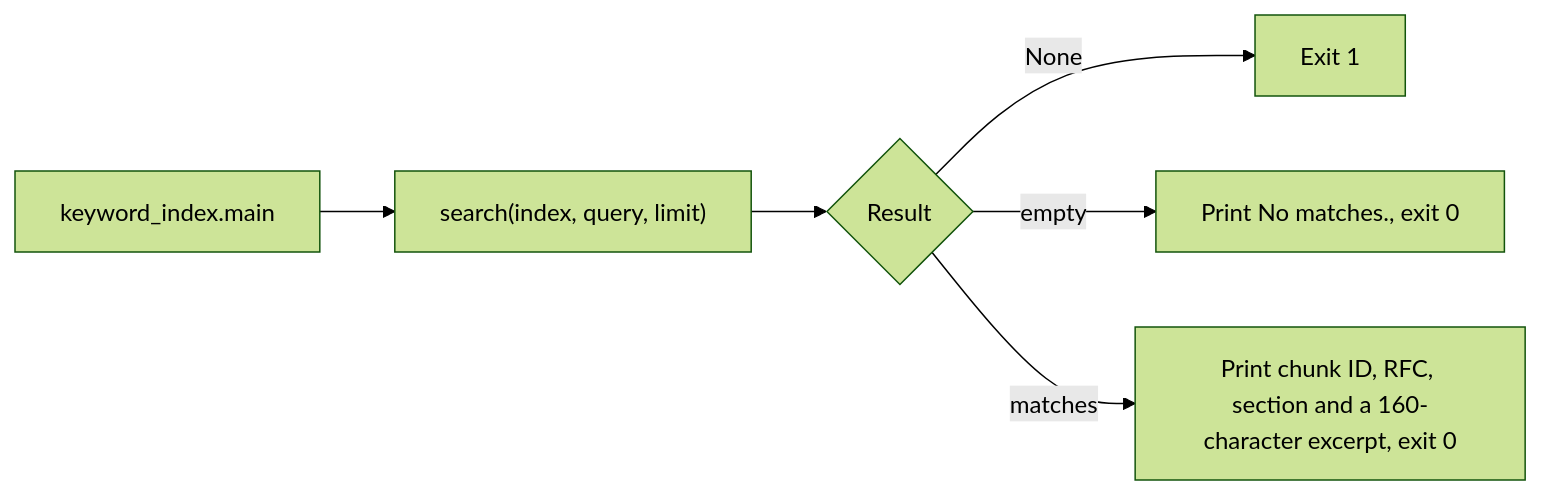
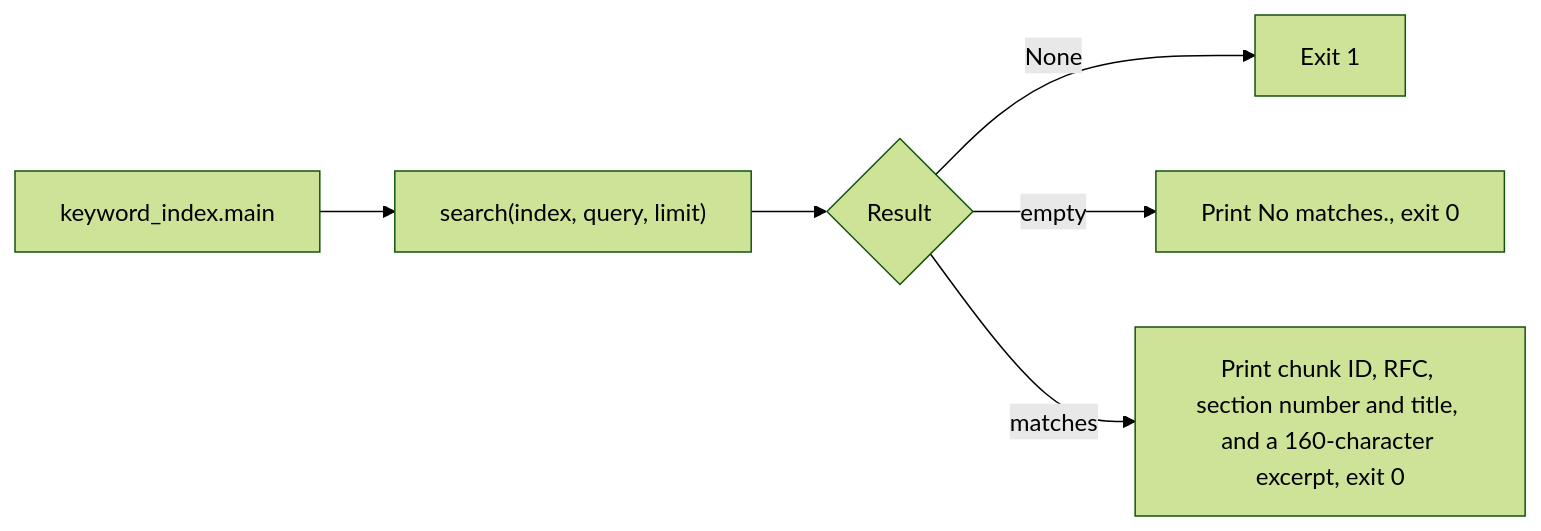
One commit to dwolaver/document_service changed the fourth of 6 diagrams in ARCHITECTURE.md. Above: the diagram before and after it, drawn with Mermaid (forest theme). The commit also changed other lines of this file, not shown here.

Commit message:
Update ARCHITECTURE.md after moving the generation line

````diff
--- a/ARCHITECTURE.md
+++ b/ARCHITECTURE.md
@@ -159,8 +159,8 @@
 ```mermaid
 flowchart LR
     A["keyword_index.main"] --> B["search(index, query, limit)"]
     B --> C{"Result"}
     C -- "None" --> D["Exit 1"]
     C -- "empty" --> E["Print No matches., exit 0"]
-    C -- "matches" --> F["Print chunk ID, RFC, section and a 160-character excerpt, exit 0"]
+    C -- "matches" --> F["Print chunk ID, RFC, section number and title, and a 160-character excerpt, exit 0"]
 ```
````
